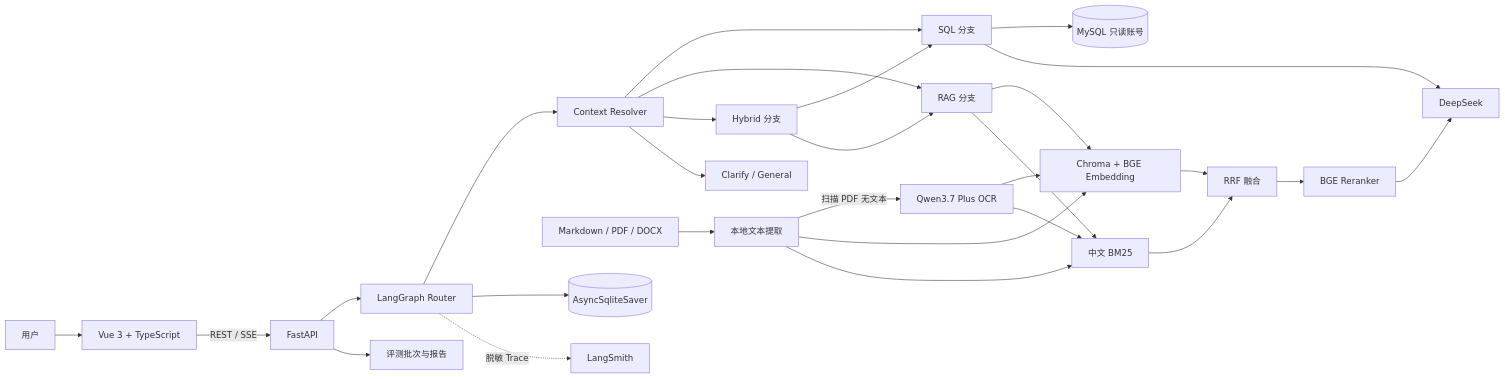
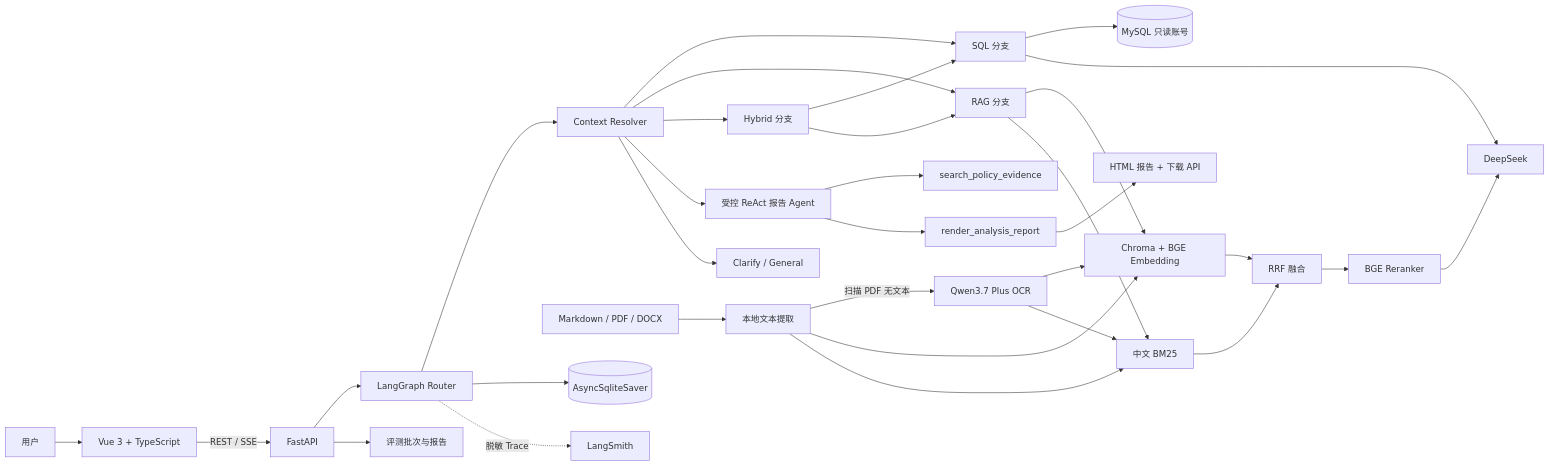
Before and after one commit to xxxjiejiejie/retail-insight-agent: the diagram in docs/architecture.md, drawn with Mermaid. The commit also changed other lines of this file and 32 other files, not shown here.

````diff
--- a/docs/architecture.md
+++ b/docs/architecture.md
@@ -7,32 +7,36 @@
 ```mermaid
 flowchart LR
     User["用户"] --> Vue["Vue 3 + TypeScript"]
     Vue -->|REST / SSE| API["FastAPI"]
     API --> Graph["LangGraph Router"]
     Graph --> Context["Context Resolver"]
     Context --> SQL["SQL 分支"]
     Context --> RAG["RAG 分支"]
     Context --> Hybrid["Hybrid 分支"]
+    Context --> Report["受控 ReAct 报告 Agent"]
     Context --> Clarify["Clarify / General"]
     Hybrid --> SQL
     Hybrid --> RAG
+    Report --> PolicyTool["search_policy_evidence"]
+    Report --> RenderTool["render_analysis_report"]
+    RenderTool --> Artifact["HTML 报告 + 下载 API"]
 
     SQL --> MySQL[("MySQL 只读账号")]
     RAG --> Chroma["Chroma + BGE Embedding"]
     RAG --> BM25["中文 BM25"]
     Documents["Markdown / PDF / DOCX"] --> NativeText["本地文本提取"]
     NativeText -->|扫描 PDF 无文本| OCR["Qwen3.7 Plus OCR"]
     NativeText --> Chroma
     NativeText --> BM25
     OCR --> Chroma
     OCR --> BM25
     Chroma --> RRF["RRF 融合"]
     BM25 --> RRF
     RRF --> Reranker["BGE Reranker"]
     Reranker --> LLM["DeepSeek"]
     SQL --> LLM
 
     Graph --> Checkpoint[("AsyncSqliteSaver")]
     API --> Evaluation["评测批次与报告"]
     Graph -. 脱敏 Trace .-> LangSmith["LangSmith"]
 ```
````
